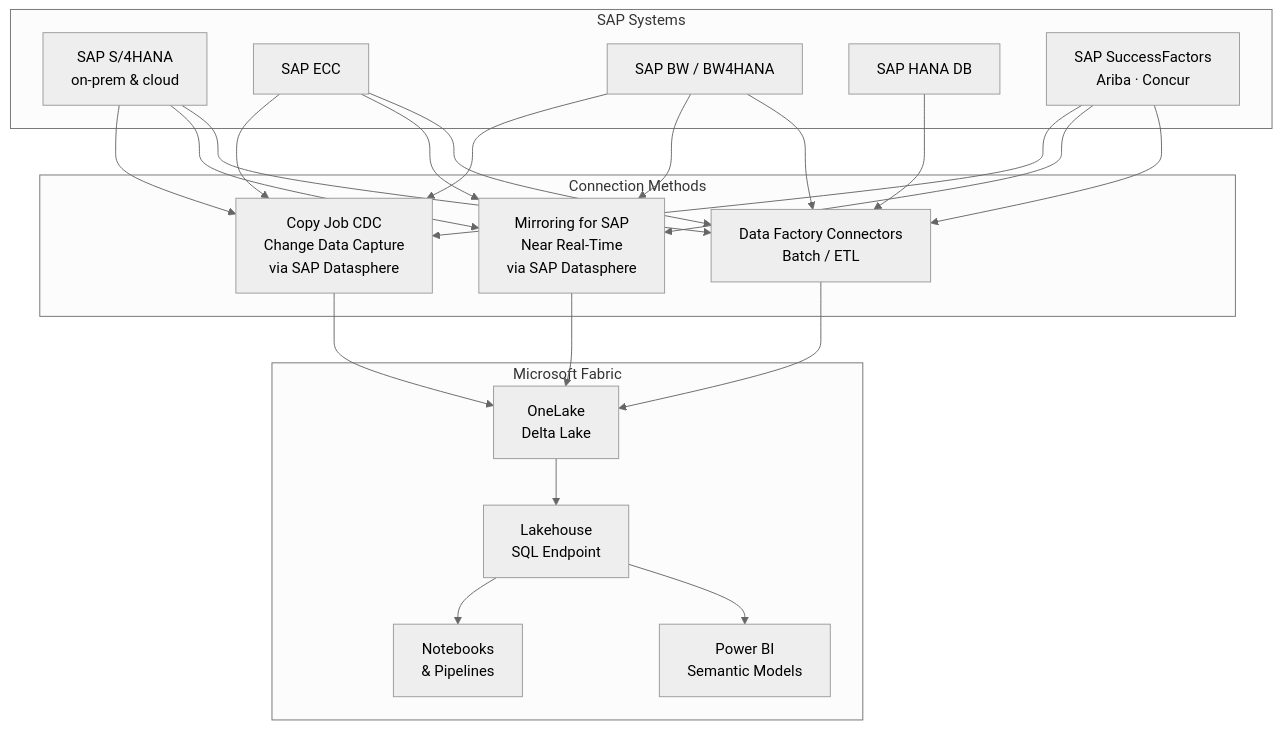
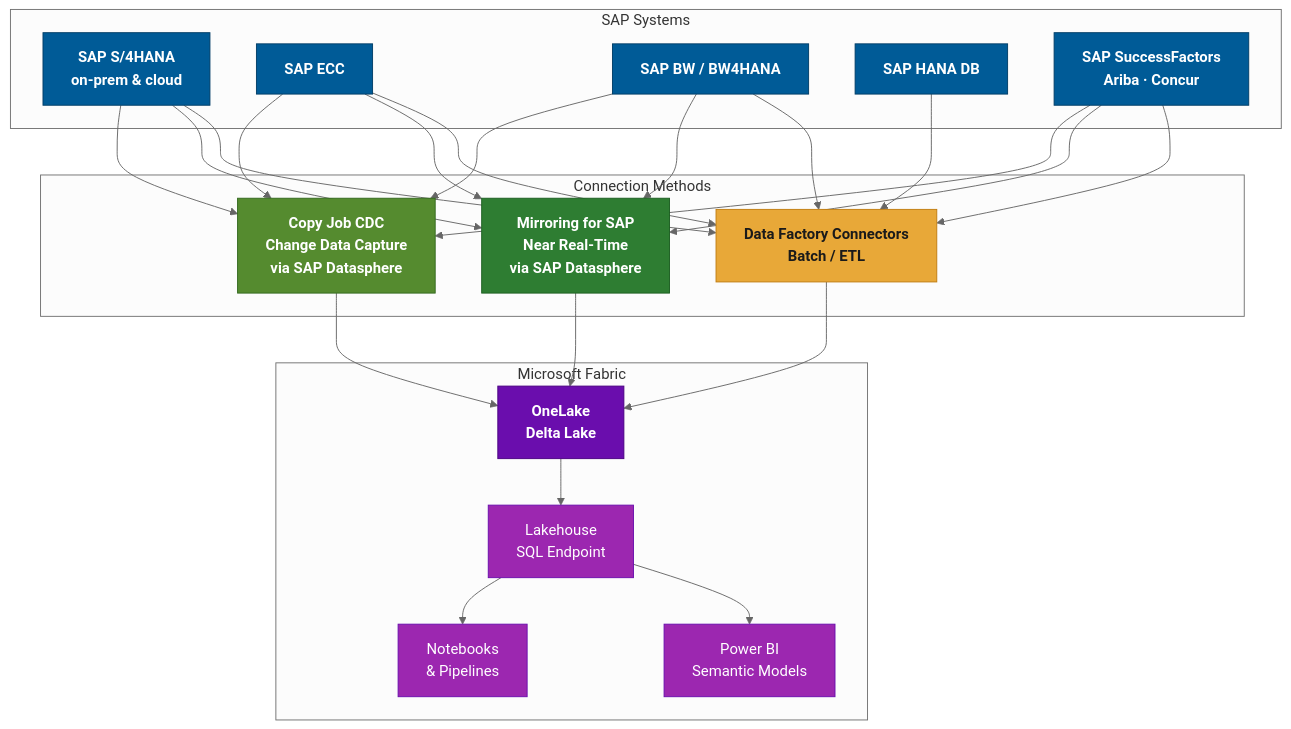
Before and after one commit to fredgis/fabric-foundry-kb: the first of 3 diagrams in SAP_Fabric_Connectivity.md, drawn with Mermaid (neutral theme). The commit also changed other lines of this file and 1 other file, not shown here.

First line of the commit message:
SAP Connectivity guide: colored Mermaid diagrams + Appendix

````diff
--- a/SAP_Fabric_Connectivity.md
+++ b/SAP_Fabric_Connectivity.md
@@ -12,34 +12,48 @@
 ```mermaid
 graph TD
     subgraph SAP["SAP Systems"]
         S1[SAP S/4HANA<br/>on-prem & cloud]
         S2[SAP ECC]
         S3[SAP BW / BW4HANA]
         S4[SAP HANA DB]
         S5[SAP SuccessFactors<br/>Ariba · Concur]
     end
 
     subgraph Methods["Connection Methods"]
         M1[Data Factory Connectors<br/>Batch / ETL]
         M2[Mirroring for SAP<br/>Near Real-Time<br/>via SAP Datasphere]
         M3[Copy Job CDC<br/>Change Data Capture<br/>via SAP Datasphere]
     end
 
     subgraph Fabric["Microsoft Fabric"]
         F1[OneLake<br/>Delta Lake]
         F2[Lakehouse<br/>SQL Endpoint]
         F3[Power BI<br/>Semantic Models]
         F4[Notebooks<br/>& Pipelines]
     end
 
     S1 & S2 & S3 & S4 & S5 --> M1
     S1 & S2 & S3 & S5 --> M2
     S1 & S2 & S3 & S5 --> M3
 
     M1 --> F1
     M2 --> F1
     M3 --> F1
     F1 --> F2
     F2 --> F3
     F2 --> F4
+
+    classDef sapStyle fill:#005B97,stroke:#003D66,color:#ffffff,font-weight:bold
+    classDef methodBatch fill:#E8A838,stroke:#C07C10,color:#1a1a1a,font-weight:bold
+    classDef methodMirror fill:#2E7D32,stroke:#1B5E20,color:#ffffff,font-weight:bold
+    classDef methodCDC fill:#558B2F,stroke:#33691E,color:#ffffff,font-weight:bold
+    classDef fabricCore fill:#6A0DAD,stroke:#4A0080,color:#ffffff,font-weight:bold
+    classDef fabricEnd fill:#9C27B0,stroke:#6A0DAD,color:#ffffff
+
+    class S1,S2,S3,S4,S5 sapStyle
+    class M1 methodBatch
+    class M2 methodMirror
+    class M3 methodCDC
+    class F1 fabricCore
+    class F2,F3,F4 fabricEnd
 ```
````
